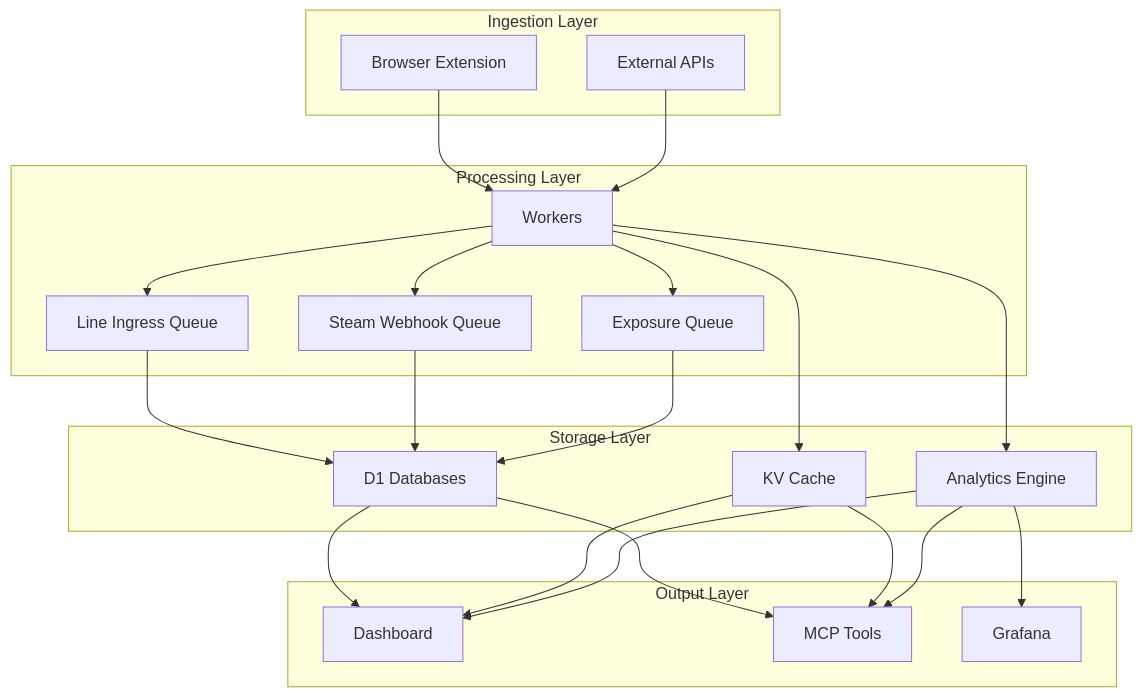
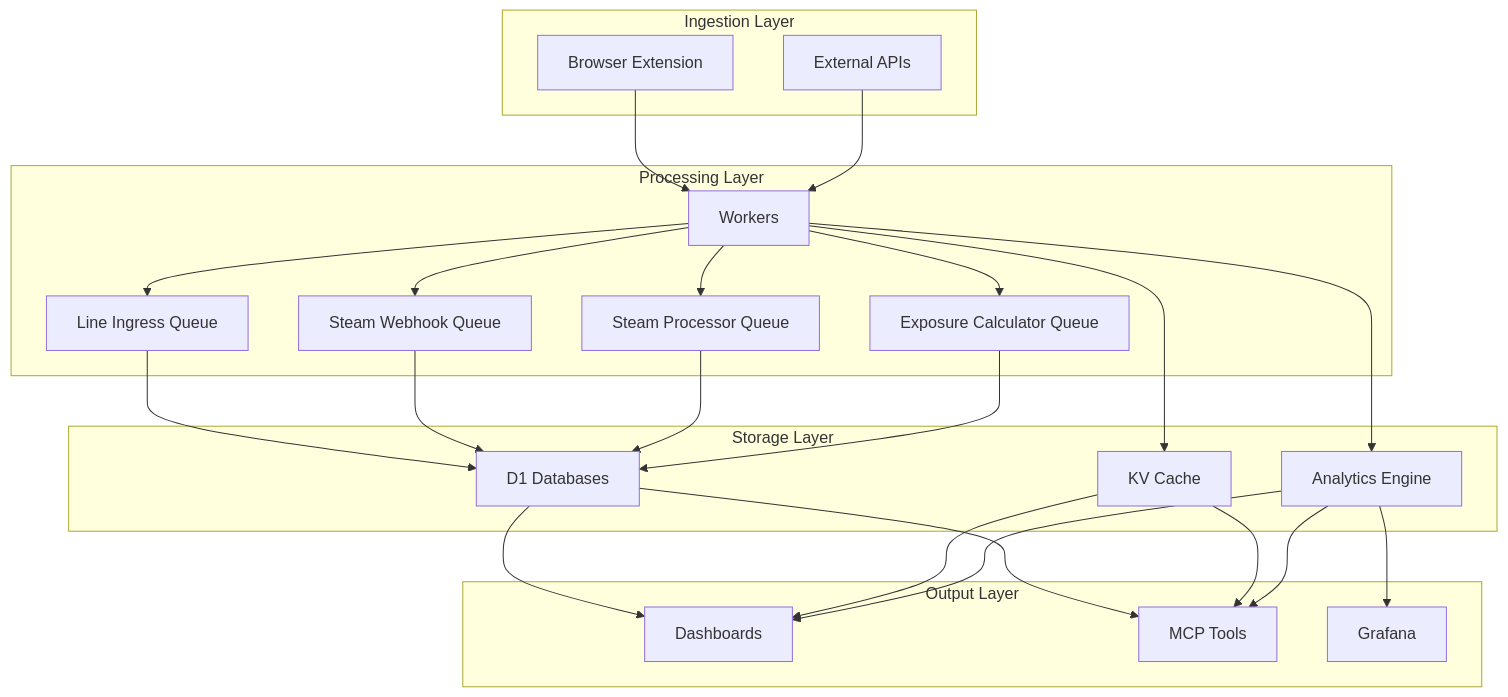
One commit to brendadeeznuts1111/betting-brain-v3 changed the third of 17 diagrams in docs/ARCHITECTURE_DIAGRAMS.md. Above: the diagram before and after it, drawn with Mermaid. The commit also changed other lines of this file, not shown here.

First line of the commit message:
docs: Enhance architecture diagrams with ASCII ANSI colors, networking, KV cache, bindings, and Cloudflare variables

````diff
--- a/docs/ARCHITECTURE_DIAGRAMS.md
+++ b/docs/ARCHITECTURE_DIAGRAMS.md
@@ -43,50 +154,53 @@
 ```mermaid
 flowchart TD
     subgraph "Ingestion Layer"
         EXT[Browser Extension]
         API[External APIs]
     end
     
     subgraph "Processing Layer"
         W[Workers]
         Q1[Line Ingress Queue]
         Q2[Steam Webhook Queue]
-        Q3[Exposure Queue]
+        Q3[Steam Processor Queue]
+        Q4[Exposure Calculator Queue]
     end
     
     subgraph "Storage Layer"
         D1[D1 Databases]
         KV[KV Cache]
         AE[Analytics Engine]
     end
     
     subgraph "Output Layer"
-        DASH[Dashboard]
+        DASH[Dashboards]
         MCP[MCP Tools]
         GRAF[Grafana]
     end
     
     EXT --> W
     API --> W
     
     W --> Q1
     W --> Q2
     W --> Q3
+    W --> Q4
     
     Q1 --> D1
     Q2 --> D1
     Q3 --> D1
+    Q4 --> D1
     
     W --> KV
     W --> AE
     
     D1 --> DASH
     KV --> DASH
     AE --> DASH
     
     D1 --> MCP
     KV --> MCP
     AE --> MCP
     
     AE --> GRAF
 ```
````
